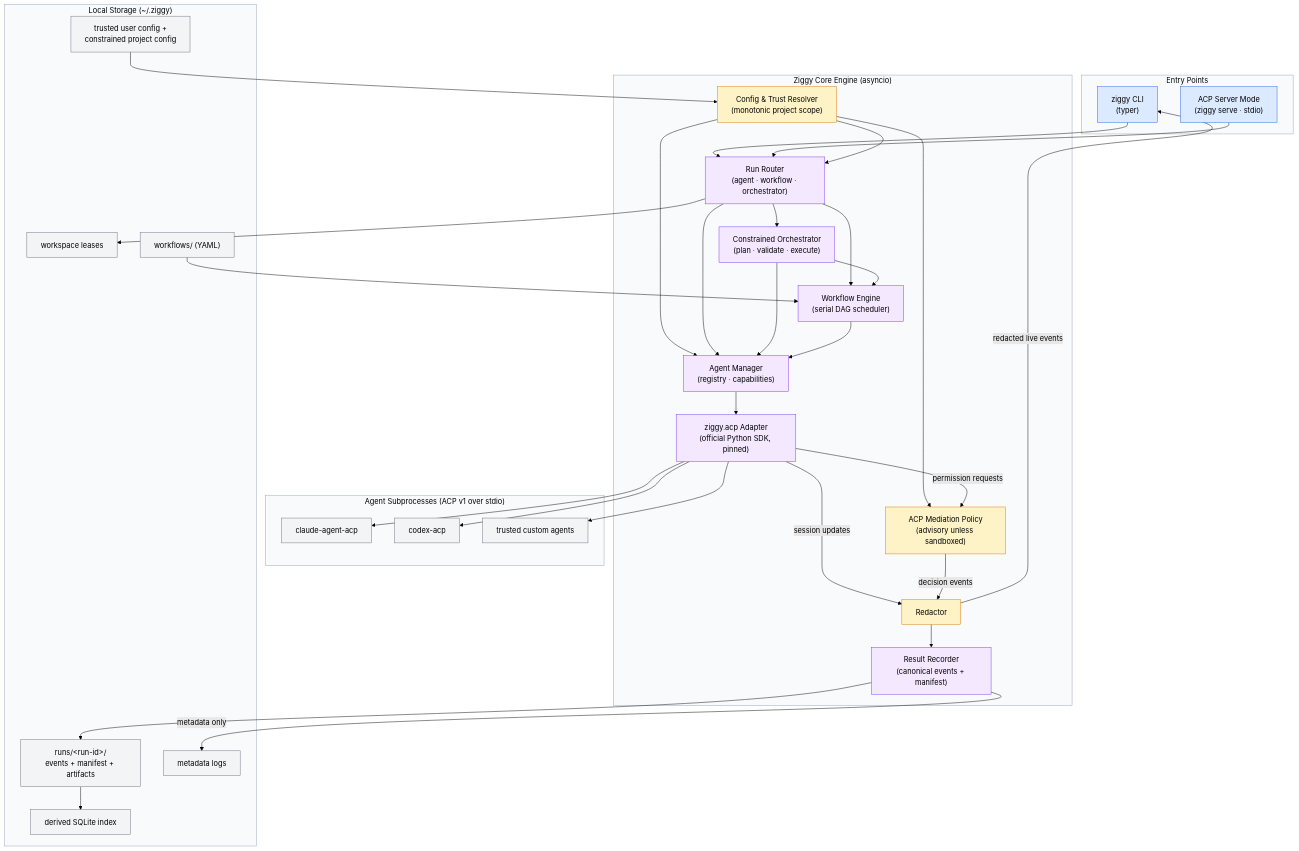
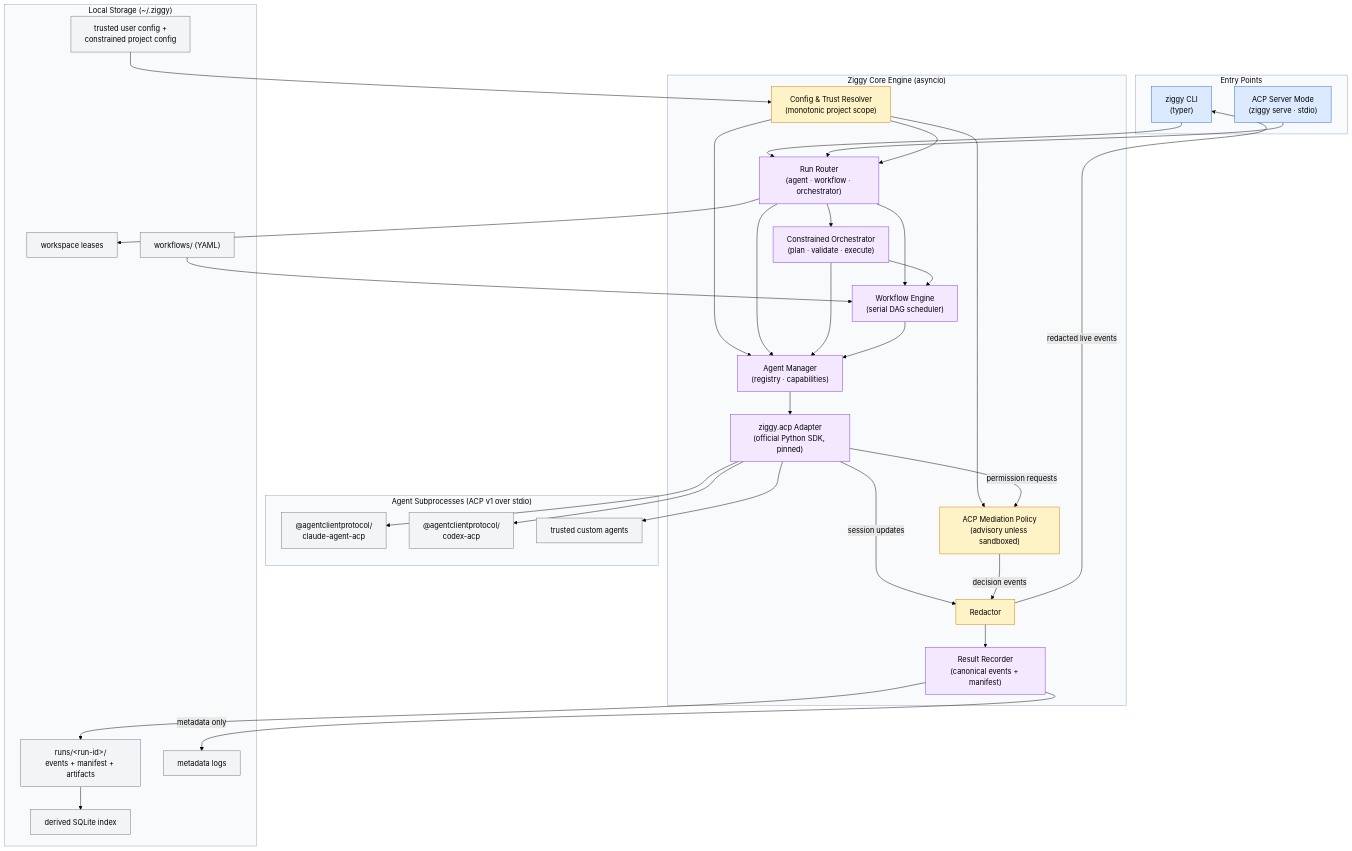
Before and after one commit to sequenzia/ziggy: the third of 5 diagrams in specs/ziggy-mvp-SPEC.md, drawn with Mermaid (forest theme). The commit also changed other lines of this file and 14 other files, not shown here.

````diff
--- a/specs/ziggy-mvp-SPEC.md
+++ b/specs/ziggy-mvp-SPEC.md
@@ -628,71 +628,71 @@
 ```mermaid
 flowchart TD
     subgraph entry["Entry Points"]
         CLI["ziggy CLI<br/>(typer)"]:::primary
         SRV["ACP Server Mode<br/>(ziggy serve · stdio)"]:::primary
     end
 
     subgraph core["Ziggy Core Engine (asyncio)"]
         TRUST["Config & Trust Resolver<br/>(monotonic project scope)"]:::warning
         ROUTE["Run Router<br/>(agent · workflow · orchestrator)"]:::secondary
         ORCH["Constrained Orchestrator<br/>(plan · validate · execute)"]:::secondary
         WF["Workflow Engine<br/>(serial DAG scheduler)"]:::secondary
         AM["Agent Manager<br/>(registry · capabilities)"]:::secondary
         POL["ACP Mediation Policy<br/>(advisory unless sandboxed)"]:::warning
         ACPAD["ziggy.acp Adapter<br/>(official Python SDK, pinned)"]:::secondary
         RES["Result Recorder<br/>(canonical events + manifest)"]:::secondary
         RED["Redactor"]:::warning
     end
 
     subgraph agents["Agent Subprocesses (ACP v1 over stdio)"]
-        A1["claude-agent-acp"]:::neutral
-        A2["codex-acp"]:::neutral
+        A1["@agentclientprotocol/<br/>claude-agent-acp"]:::neutral
+        A2["@agentclientprotocol/<br/>codex-acp"]:::neutral
         A3["trusted custom agents"]:::neutral
     end
 
     subgraph store["Local Storage (~/.ziggy)"]
         CFG["trusted user config +<br/>constrained project config"]:::neutral
         RUNS["runs/&lt;run-id&gt;/<br/>events + manifest + artifacts"]:::neutral
         IDX["derived SQLite index"]:::neutral
         LOCKS["workspace leases"]:::neutral
         LOGS["metadata logs"]:::neutral
         WFS["workflows/ (YAML)"]:::neutral
     end
 
     CLI --> ROUTE
     SRV --> ROUTE
     CFG --> TRUST
     TRUST --> ROUTE
     TRUST --> AM
     TRUST --> POL
     ROUTE --> AM
     ROUTE --> WF
     ROUTE --> ORCH
     ROUTE --> LOCKS
     ORCH --> AM
     ORCH --> WF
     WF --> AM
     AM --> ACPAD
     ACPAD --> A1
     ACPAD --> A2
     ACPAD --> A3
     ACPAD -->|permission requests| POL
     ACPAD -->|session updates| RED
     POL -->|decision events| RED
     RED --> RES
     RED -->|redacted live events| CLI
     RES --> RUNS
     RUNS --> IDX
     RES -->|metadata only| LOGS
     WFS --> WF
 
     classDef primary fill:#dbeafe,stroke:#2563eb,color:#000
     classDef secondary fill:#f3e8ff,stroke:#7c3aed,color:#000
     classDef warning fill:#fef3c7,stroke:#d97706,color:#000
     classDef neutral fill:#f3f4f6,stroke:#6b7280,color:#000
 
     style entry fill:#f8fafc,stroke:#94a3b8,color:#000
     style core fill:#f8fafc,stroke:#94a3b8,color:#000
     style agents fill:#f8fafc,stroke:#94a3b8,color:#000
     style store fill:#f8fafc,stroke:#94a3b8,color:#000
 ```
````
